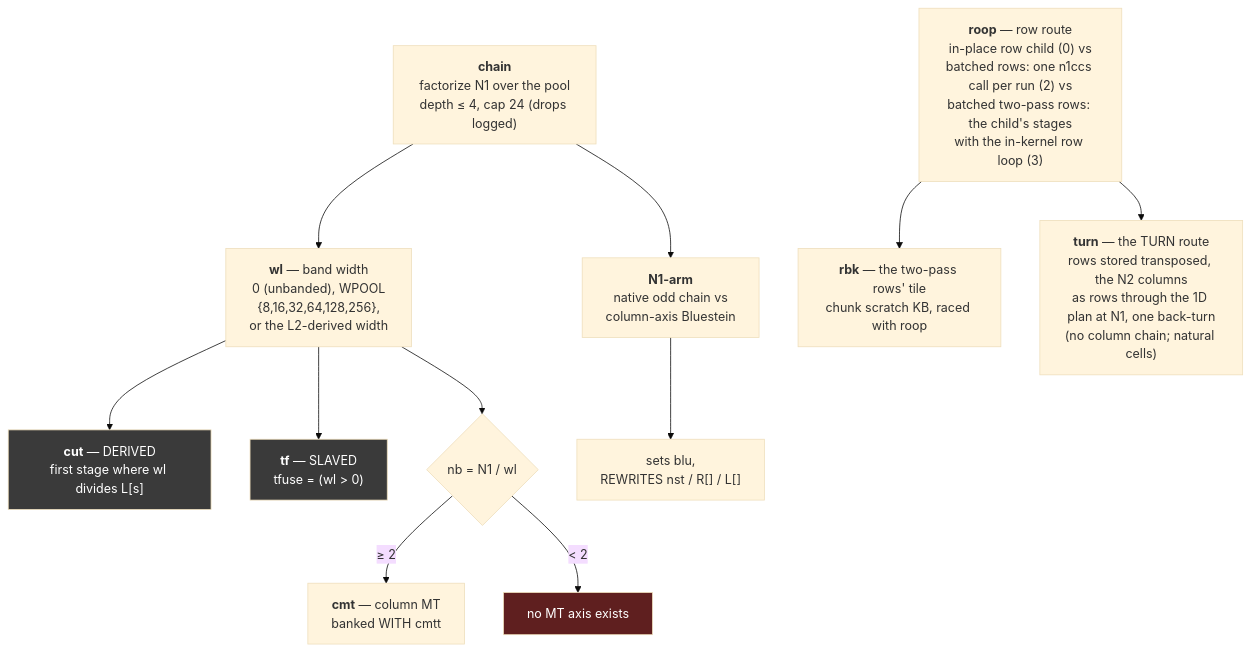
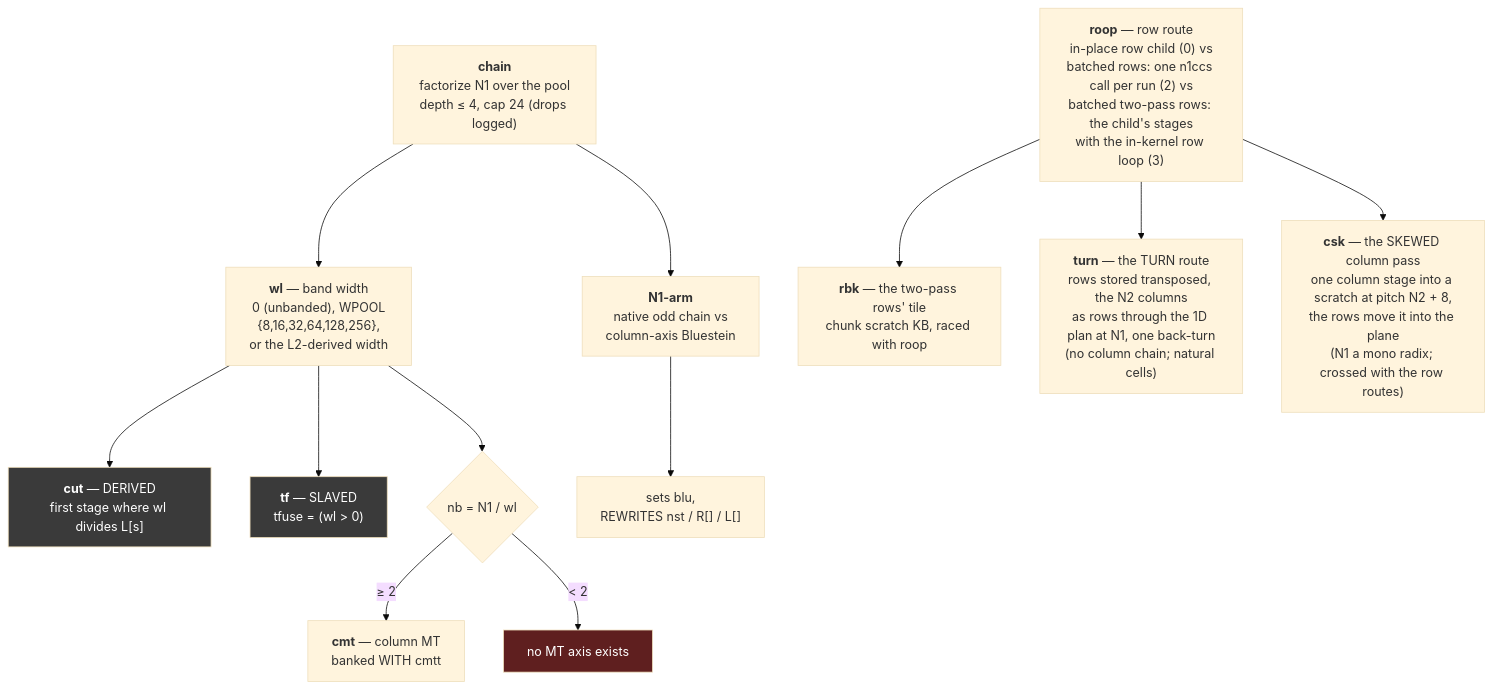
Before and after one commit to Tugbars/VectorFFT: the eighth of 14 diagrams in docs/design/planning_model.md, drawn with Mermaid (base theme). The commit also changed 17 other files, not shown here.

Commit message:
skewed pass  for 2D C2C

````diff
--- a/docs/design/planning_model.md
+++ b/docs/design/planning_model.md
@@ -648,18 +648,19 @@
 ```mermaid
 flowchart TD
     CH["<b>chain</b><br/>factorize N1 over the pool<br/>depth &le; 4, cap 24 (drops logged)"] --> WL["<b>wl</b> — band width<br/>0 (unbanded), WPOOL<br/>{8,16,32,64,128,256},<br/>or the L2-derived width"]
     WL --> CUT["<b>cut</b> — DERIVED<br/>first stage where wl divides L[s]"]
     WL --> TF["<b>tf</b> — SLAVED<br/>tfuse = (wl &gt; 0)"]
     WL --> NB{"nb = N1 / wl"}
     NB -->|"&ge; 2"| CMT["<b>cmt</b> — column MT<br/>banked WITH cmtt"]
     NB -->|"&lt; 2"| NOMT["no MT axis exists"]
     CH --> N1A["<b>N1-arm</b><br/>native odd chain vs<br/>column-axis Bluestein"]
     N1A --> BLU["sets blu,<br/>REWRITES nst / R[] / L[]"]
     ROOP["<b>roop</b> — row route<br/>in-place row child (0) vs<br/>batched rows: one n1ccs call per run (2) vs<br/>batched two-pass rows: the child's stages<br/>with the in-kernel row loop (3)"]
     ROOP --> RBK["<b>rbk</b> — the two-pass rows' tile<br/>chunk scratch KB, raced with roop"]
     ROOP --> TURN["<b>turn</b> — the TURN route<br/>rows stored transposed, the N2 columns<br/>as rows through the 1D plan at N1, one back-turn<br/>(no column chain; natural cells)"]
+    ROOP --> CSK["<b>csk</b> — the SKEWED column pass<br/>one column stage into a scratch at pitch N2 + 8,<br/>the rows move it into the plane<br/>(N1 a mono radix; crossed with the row routes)"]
 
     style NOMT fill:#5f1f1f,color:#fff
     style CUT fill:#3a3a3a,color:#fff
     style TF fill:#3a3a3a,color:#fff
 ```
````
